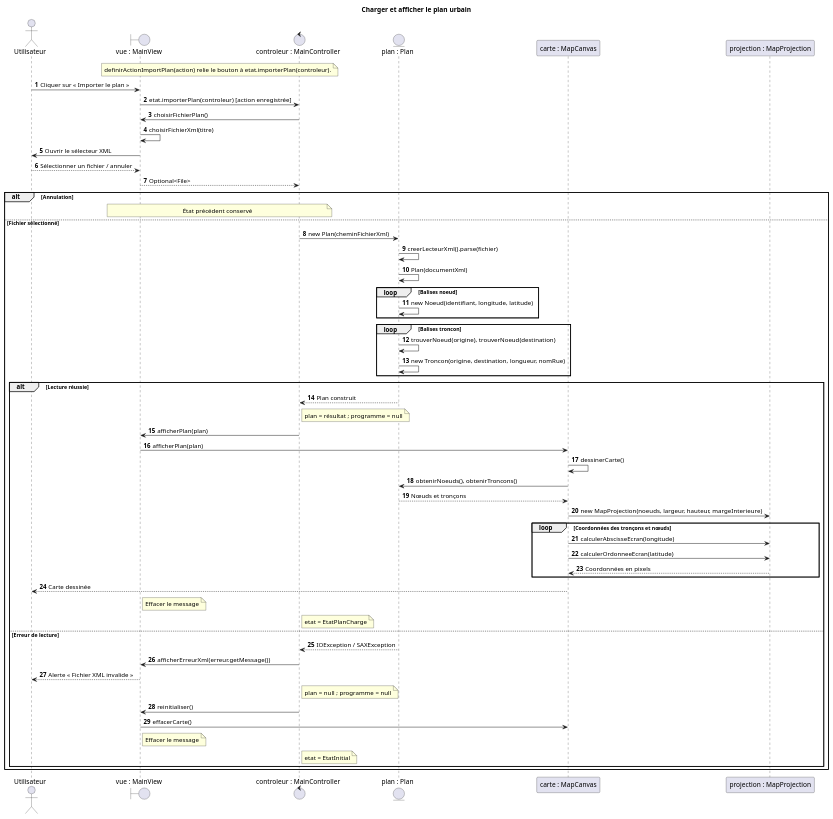
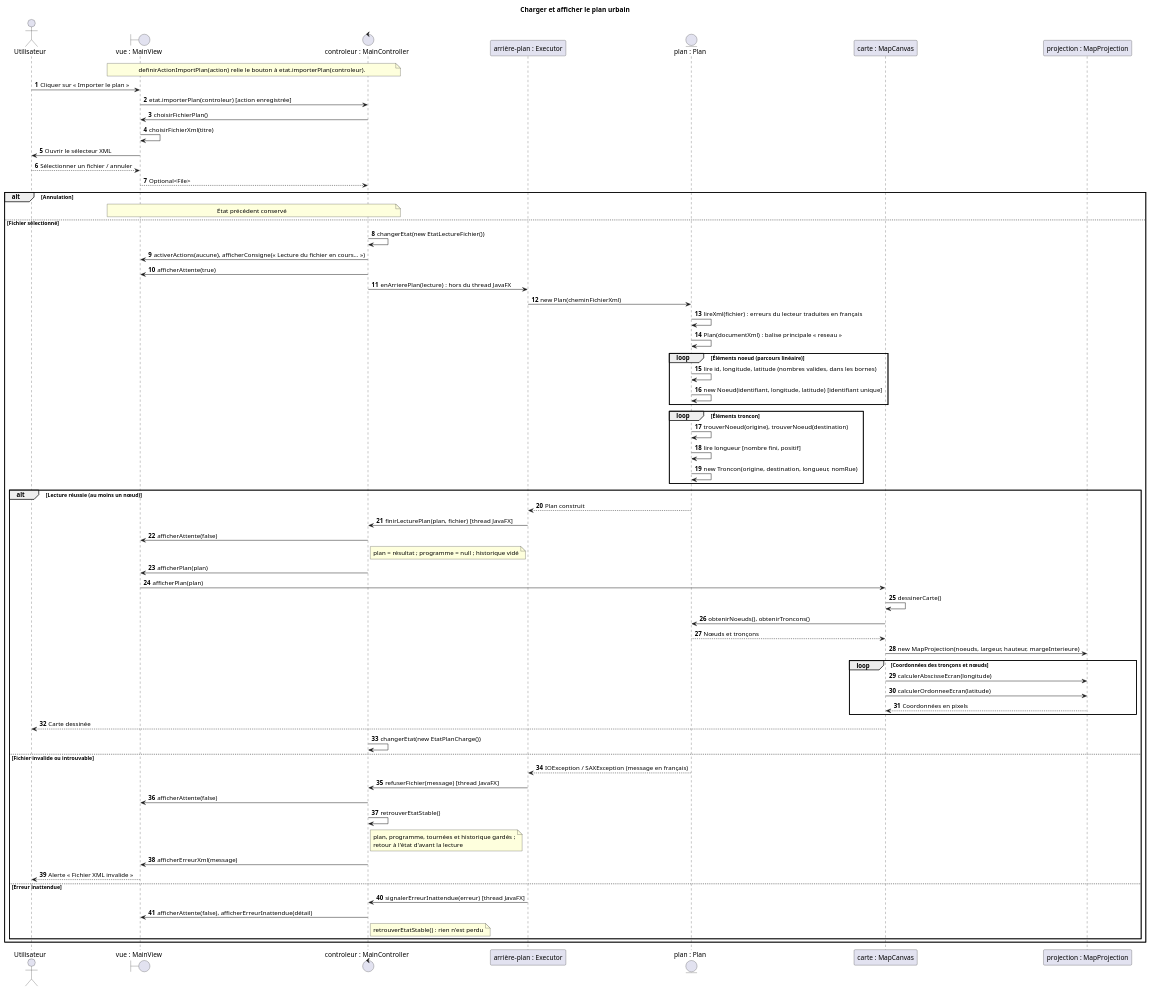
One commit to tristanhp/Optimod-Lyon changed the diagram in docs/diagrams/sequence-chargement-plan.puml. Above: the diagram before and after it, drawn with PlantUML. The commit also changed 26 other files, not shown here.

```diff
--- a/docs/diagrams/sequence-chargement-plan.puml
+++ b/docs/diagrams/sequence-chargement-plan.puml
@@ -1,59 +1,70 @@
 @startuml sequence-chargement-plan
 title Charger et afficher le plan urbain
 autonumber
 actor Utilisateur as U
 boundary "vue : MainView" as V
 control "controleur : MainController" as C
+participant "arrière-plan : Executor" as A
 entity "plan : Plan" as P
 participant "carte : MapCanvas" as M
 participant "projection : MapProjection" as R
 note over V,C : definirActionImportPlan(action) relie le bouton à etat.importerPlan(controleur).
 U -> V : Cliquer sur « Importer le plan »
 V -> C : etat.importerPlan(controleur) [action enregistrée]
 C -> V : choisirFichierPlan()
 V -> V : choisirFichierXml(titre)
 V -> U : Ouvrir le sélecteur XML
 U --> V : Sélectionner un fichier / annuler
 V --> C : Optional<File>
 alt Annulation
   note over V,C : État précédent conservé
 else Fichier sélectionné
-  C -> P : new Plan(cheminFichierXml)
-  P -> P : creerLecteurXml().parse(fichier)
-  P -> P : Plan(documentXml)
-  loop Balises noeud
-    P -> P : new Noeud(identifiant, longitude, latitude)
+  C -> C : changerEtat(new EtatLectureFichier())
+  C -> V : activerActions(aucune), afficherConsigne(« Lecture du fichier en cours… »)
+  C -> V : afficherAttente(true)
+  C -> A : enArrierePlan(lecture) : hors du thread JavaFX
+  A -> P : new Plan(cheminFichierXml)
+  P -> P : lireXml(fichier) : erreurs du lecteur traduites en français
+  P -> P : Plan(documentXml) : balise principale « reseau »
+  loop Éléments noeud (parcours linéaire)
+    P -> P : lire id, longitude, latitude (nombres valides, dans les bornes)
+    P -> P : new Noeud(identifiant, longitude, latitude) [identifiant unique]
   end
-  loop Balises troncon
+  loop Éléments troncon
     P -> P : trouverNoeud(origine), trouverNoeud(destination)
+    P -> P : lire longueur [nombre fini, positif]
     P -> P : new Troncon(origine, destination, longueur, nomRue)
   end
-  alt Lecture réussie
-    P --> C : Plan construit
-    note right of C : plan = résultat ; programme = null
+  alt Lecture réussie (au moins un nœud)
+    P --> A : Plan construit
+    A -> C : finirLecturePlan(plan, fichier) [thread JavaFX]
+    C -> V : afficherAttente(false)
+    note right of C : plan = résultat ; programme = null ; historique vidé
     C -> V : afficherPlan(plan)
     V -> M : afficherPlan(plan)
     M -> M : dessinerCarte()
     M -> P : obtenirNoeuds(), obtenirTroncons()
     P --> M : Nœuds et tronçons
     M -> R : new MapProjection(noeuds, largeur, hauteur, margeInterieure)
     loop Coordonnées des tronçons et nœuds
       M -> R : calculerAbscisseEcran(longitude)
       M -> R : calculerOrdonneeEcran(latitude)
       R --> M : Coordonnées en pixels
     end
     M --> U : Carte dessinée
-    note right of V : Effacer le message
-    note right of C : etat = EtatPlanCharge
-  else Erreur de lecture
-    P --> C : IOException / SAXException
-    C -> V : afficherErreurXml(erreur.getMessage())
+    C -> C : changerEtat(new EtatPlanCharge())
+  else Fichier invalide ou introuvable
+    P --> A : IOException / SAXException (message en français)
+    A -> C : refuserFichier(message) [thread JavaFX]
+    C -> V : afficherAttente(false)
+    C -> C : retrouverEtatStable()
+    note right of C : plan, programme, tournées et historique gardés ;\nretour à l'état d'avant la lecture
+    C -> V : afficherErreurXml(message)
     V --> U : Alerte « Fichier XML invalide »
-    note right of C : plan = null ; programme = null
-    C -> V : reinitialiser()
-    V -> M : effacerCarte()
-    note right of V : Effacer le message
-    note right of C : etat = EtatInitial
+  else Erreur inattendue
+    A -> C : signalerErreurInattendue(erreur) [thread JavaFX]
+    C -> V : afficherAttente(false), afficherErreurInattendue(détail)
+    note right of C : retrouverEtatStable() : rien n'est perdu
   end
 end
 @enduml
```
